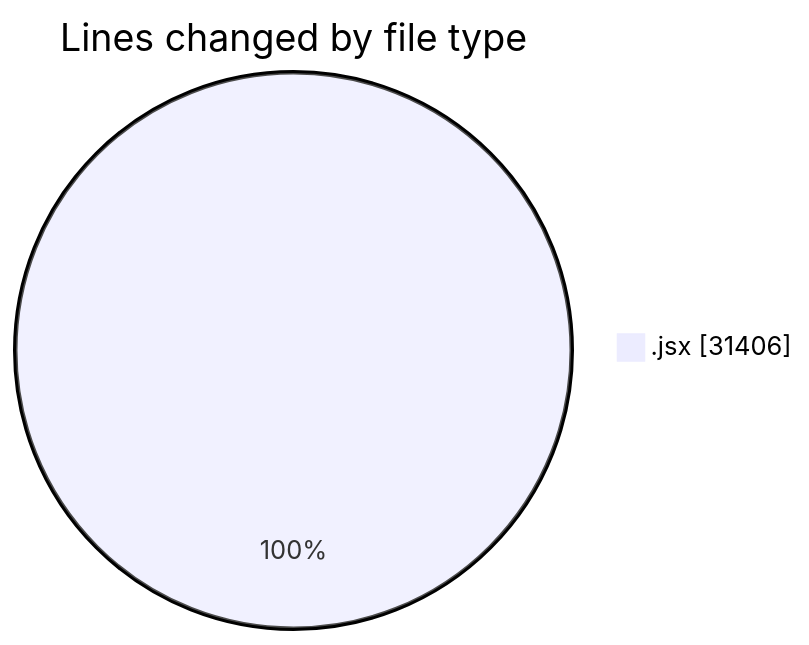
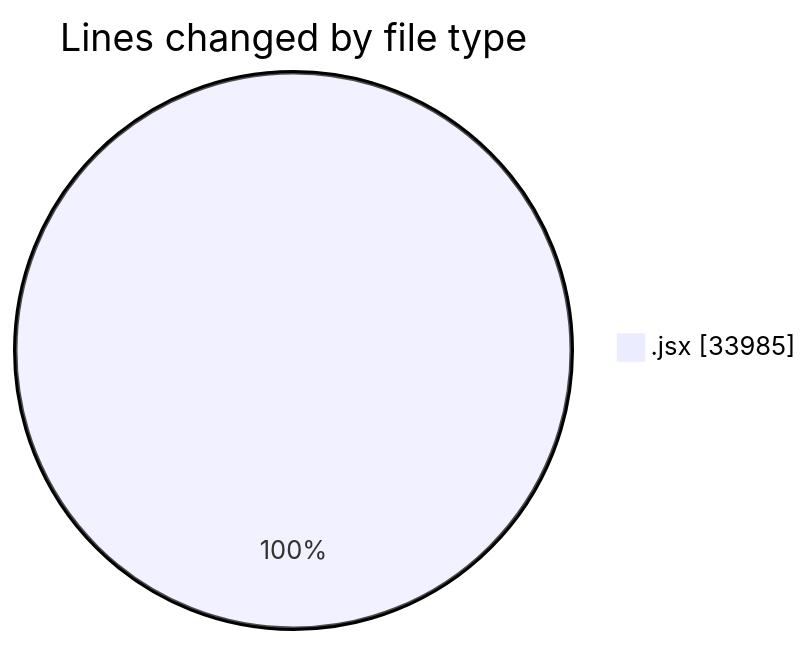
One commit to nxtqubesakshisongat/code-tracking changed the first of 2 diagrams in 2025-09-29/nxtqube_webapp/README.md. Above: the diagram before and after it, drawn with Mermaid. The commit also changed other lines of this file and 1 other file, not shown here.

````diff
--- a/2025-09-29/nxtqube_webapp/README.md
+++ b/2025-09-29/nxtqube_webapp/README.md
@@ -20,5 +20,5 @@
 ```mermaid
 pie showData
 title Lines changed by file type
-".jsx" : 31406
+".jsx" : 33985
 ```
````
